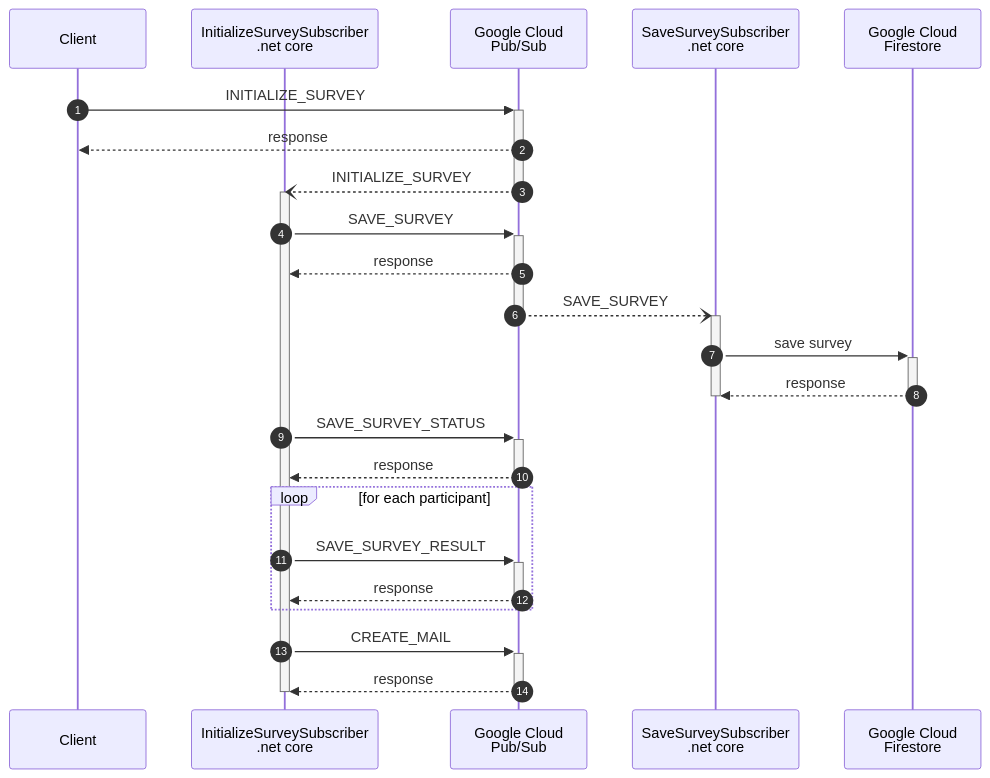
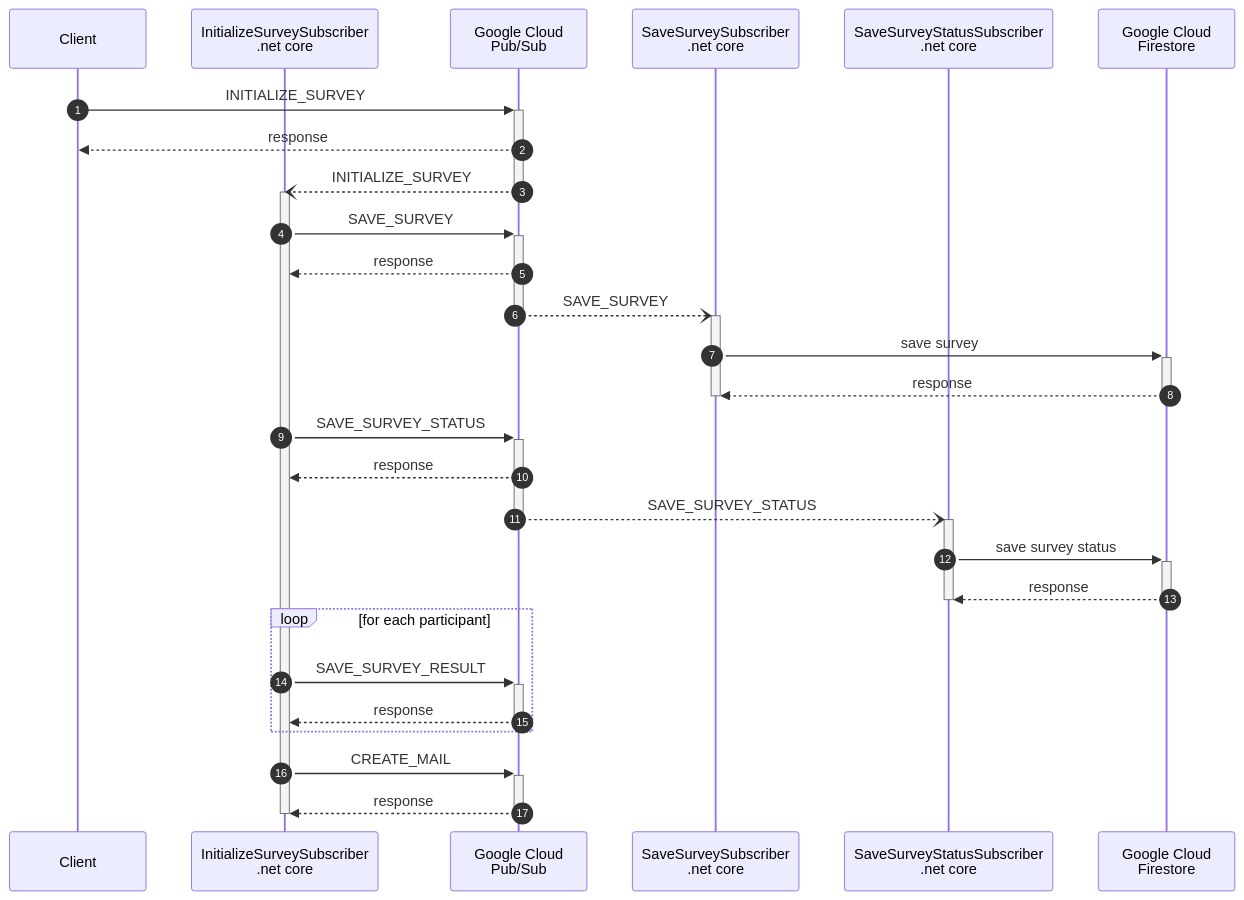
Before and after one commit to MichaelDiers/surveys: the diagram in doc/initialize-survey.mermaid, drawn with Mermaid. The commit also changed 1 other file, not shown here.

```diff
--- a/doc/initialize-survey.mermaid
+++ b/doc/initialize-survey.mermaid
@@ -1,36 +1,42 @@
 sequenceDiagram
     autonumber
     participant C as Client
     participant ISS as InitializeSurveySubscriber<br>.net core
     participant PS as Google Cloud<br>Pub/Sub
     participant SSS as SaveSurveySubscriber<br>.net core
+    participant SSSS as SaveSurveyStatusSubscriber<br>.net core
     participant FS as Google Cloud<br>Firestore
     C->>+PS: INITIALIZE_SURVEY
     PS-->>C: response
     PS--)ISS: INITIALIZE_SURVEY
     deactivate PS
     activate ISS
     %% SAVE_SURVEY
     ISS->>+PS: SAVE_SURVEY
     PS-->>ISS: response
     PS--)+SSS: SAVE_SURVEY
     deactivate PS
     SSS->>+FS: save survey
     FS-->>SSS: response
     deactivate FS
     deactivate SSS
     %% SAVE_SURVEY_STATUS
     ISS->>+PS: SAVE_SURVEY_STATUS
     PS-->>ISS: response
+    PS--)+SSSS: SAVE_SURVEY_STATUS
     deactivate PS
+    SSSS->>+FS: save survey status
+    FS-->>SSSS: response
+    deactivate FS
+    deactivate SSSS
     %% SAVE_SURVEY_RESULT
     loop for each participant
         ISS->>+PS: SAVE_SURVEY_RESULT
         PS-->>ISS: response
         deactivate PS
     end
     %% CREATE_MAIL
     ISS->>+PS: CREATE_MAIL
     PS-->>ISS: response
     deactivate PS
     deactivate ISS
```
